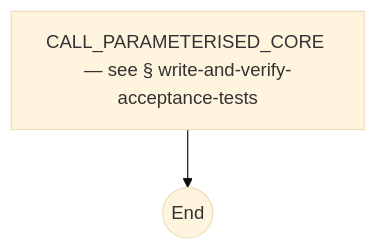
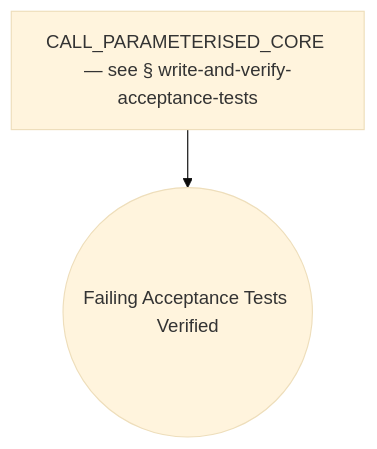
Diagram 13 of 50 in docs/process-diagram.md (optivem/gh-optivem), drawn with Mermaid (base theme) before and after one commit. The commit also changed other lines of this file and 5 other files, not shown here.

````diff
--- a/docs/process-diagram.md
+++ b/docs/process-diagram.md
@@ -278,7 +313,7 @@
 ```mermaid
 flowchart TD
     CALL_PARAMETERISED_CORE[CALL_PARAMETERISED_CORE — see § write-and-verify-acceptance-tests]
-    WAV_AT_FAIL_END((End))
+    WAV_AT_FAIL_END((Failing Acceptance Tests Verified))
 
     CALL_PARAMETERISED_CORE --> WAV_AT_FAIL_END
 ```
````
